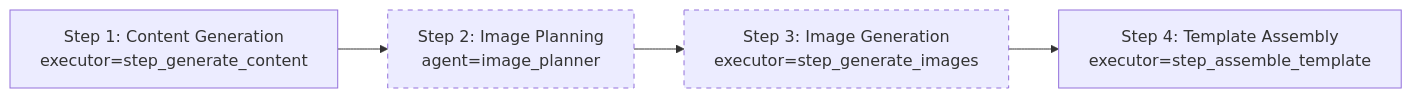
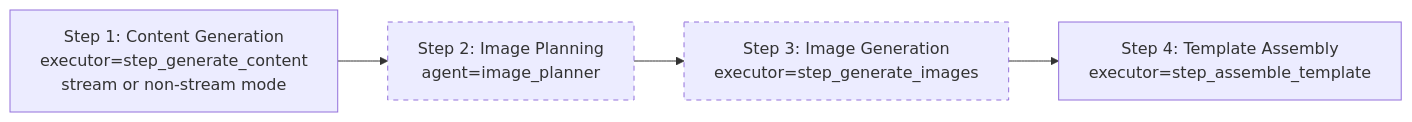
The third of 3 diagrams in cookbook/90_models/anthropic/skills/ARCHITECTURE_powerpoint_template_workflow.md (agno-agi/agno), drawn with Mermaid before and after one commit. The commit also changed other lines of this file and 5 other files, not shown here.

````diff
--- a/cookbook/90_models/anthropic/skills/ARCHITECTURE_powerpoint_template_workflow.md
+++ b/cookbook/90_models/anthropic/skills/ARCHITECTURE_powerpoint_template_workflow.md
@@ -310,12 +426,12 @@
 ```mermaid
 flowchart LR
-    S1[Step 1: Content Generation<br>executor=step_generate_content]
+    S1[Step 1: Content Generation<br>executor=step_generate_content<br>stream or non-stream mode]
     S2[Step 2: Image Planning<br>agent=image_planner]
     S3[Step 3: Image Generation<br>executor=step_generate_images]
     S4[Step 4: Template Assembly<br>executor=step_assemble_template]
 
     S1 --> S2 --> S3 --> S4
 
     style S2 stroke-dasharray: 5 5
     style S3 stroke-dasharray: 5 5
 ```
````
